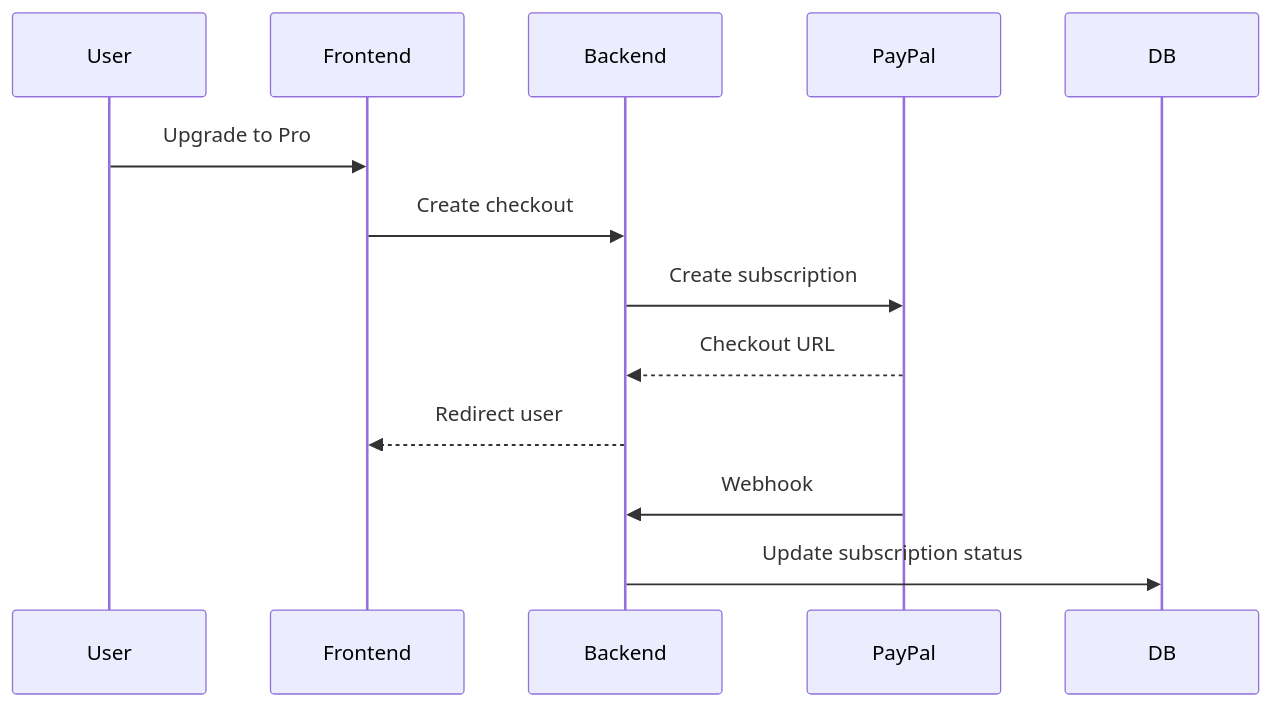
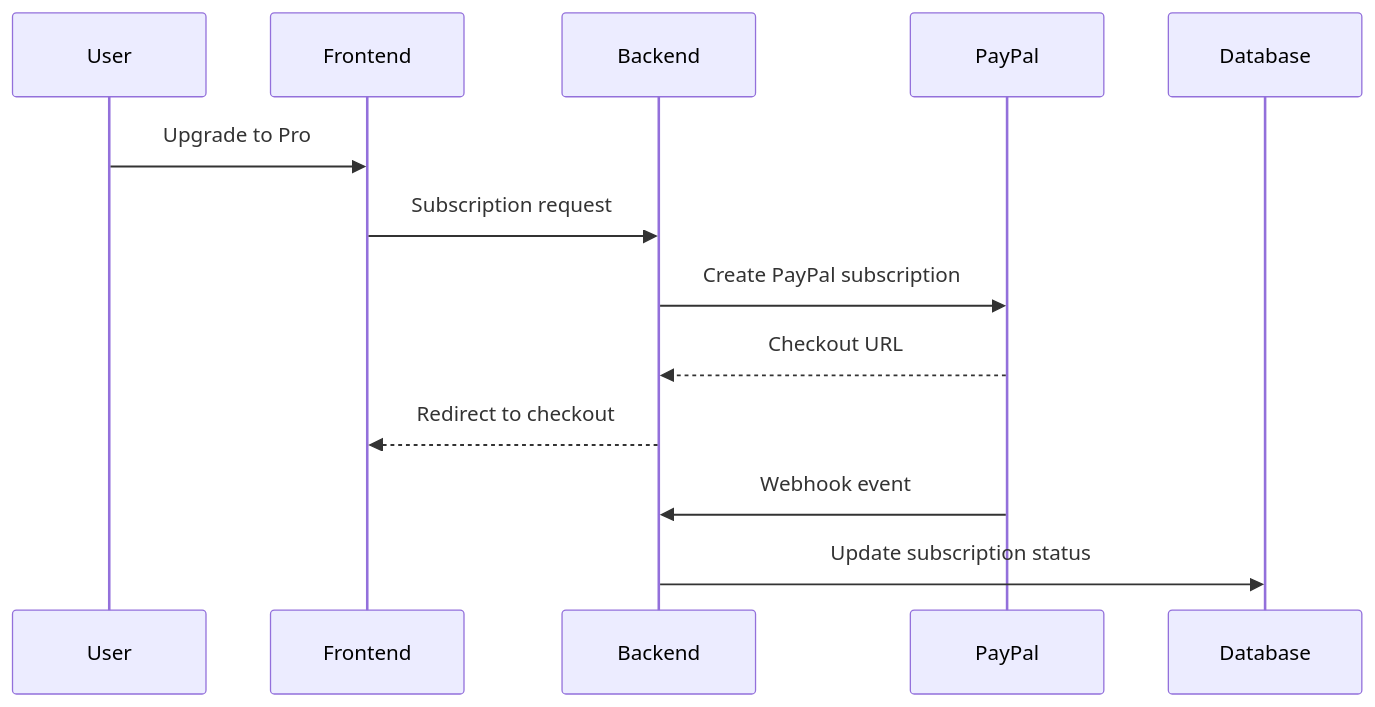
Before and after one commit to dejanjovic1283-ui/talentmatch-pro: the third of 3 diagrams in docs/architecture/architecture.md, drawn with Mermaid. The commit also changed other lines of this file and 24 other files, not shown here.

````diff
--- a/docs/architecture/architecture.md
+++ b/docs/architecture/architecture.md
@@ -32,16 +33,16 @@
 ```mermaid
 sequenceDiagram
-    participant User
-    participant Frontend
-    participant Backend
-    participant PayPal
-    participant DB
+    participant U as User
+    participant F as Frontend
+    participant B as Backend
+    participant P as PayPal
+    participant D as Database
 
-    User->>Frontend: Upgrade to Pro
-    Frontend->>Backend: Create checkout
-    Backend->>PayPal: Create subscription
-    PayPal-->>Backend: Checkout URL
-    Backend-->>Frontend: Redirect user
-    PayPal->>Backend: Webhook
-    Backend->>DB: Update subscription status
+    U->>F: Upgrade to Pro
+    F->>B: Subscription request
+    B->>P: Create PayPal subscription
+    P-->>B: Checkout URL
+    B-->>F: Redirect to checkout
+    P->>B: Webhook event
+    B->>D: Update subscription status
 ```
````
